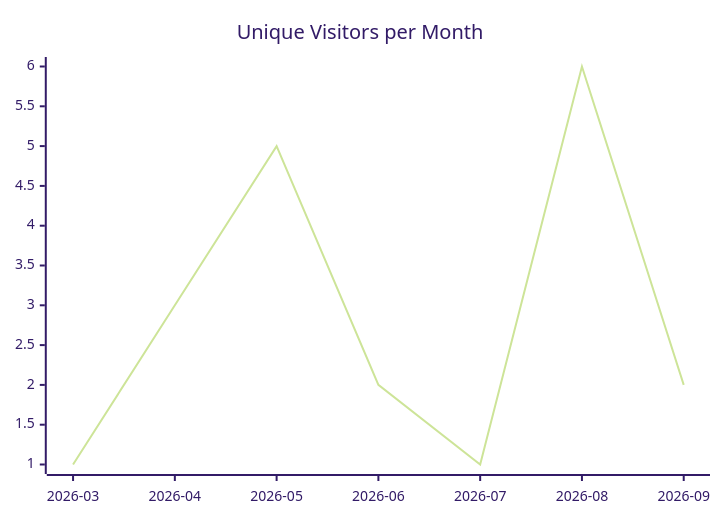
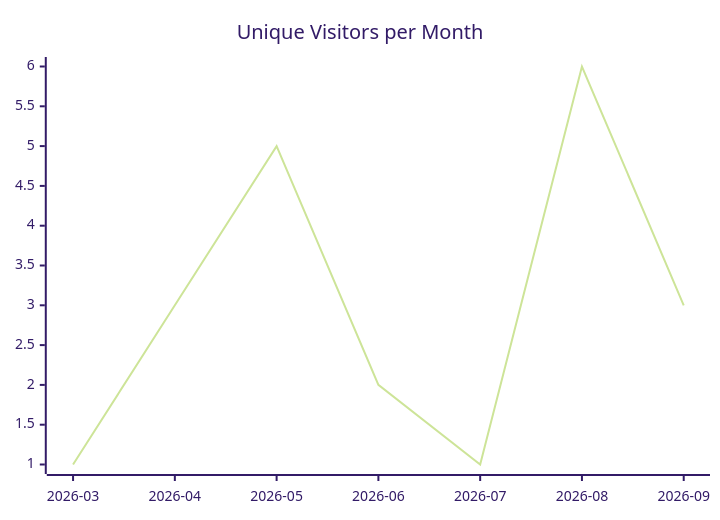
One commit to justdavis-family/github-analytics-data changed the first of 3 diagrams in justdavis-family/justdavis/README.md. Above: the diagram before and after it, drawn with Mermaid (forest theme). The commit also changed other lines of this file and 200 other files, not shown here.

````diff
--- a/justdavis-family/justdavis/README.md
+++ b/justdavis-family/justdavis/README.md
@@ -5,6 +5,6 @@
 ```mermaid
 xychart-beta
   title "Unique Visitors per Month"
   x-axis ["2026-03", "2026-04", "2026-05", "2026-06", "2026-07", "2026-08", "2026-09"]
-  line [1, 3, 5, 2, 1, 6, 2]
+  line [1, 3, 5, 2, 1, 6, 3]
 ```
````
